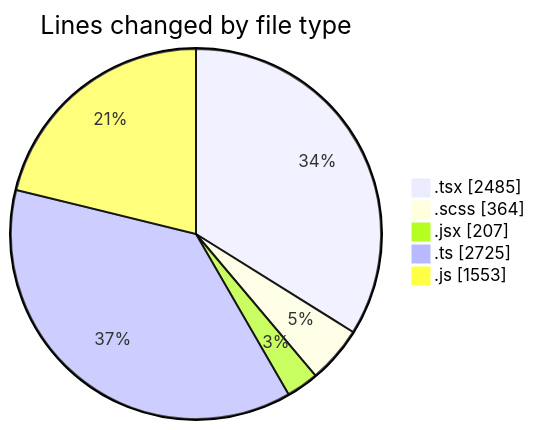
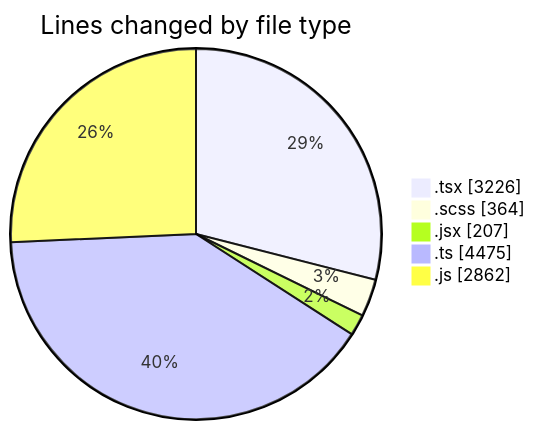
The first of 2 diagrams in 2026-07-23/cda/README.md (momahboobian/code-tracking), drawn with Mermaid before and after one commit. The commit also changed other lines of this file and 1 other file, not shown here.

````diff
--- a/2026-07-23/cda/README.md
+++ b/2026-07-23/cda/README.md
@@ -40,9 +40,9 @@
 ```mermaid
 pie showData
 title Lines changed by file type
-".tsx" : 2485
+".tsx" : 3226
 ".scss" : 364
 ".jsx" : 207
-".ts" : 2725
-".js" : 1553
+".ts" : 4475
+".js" : 2862
 ```
````
